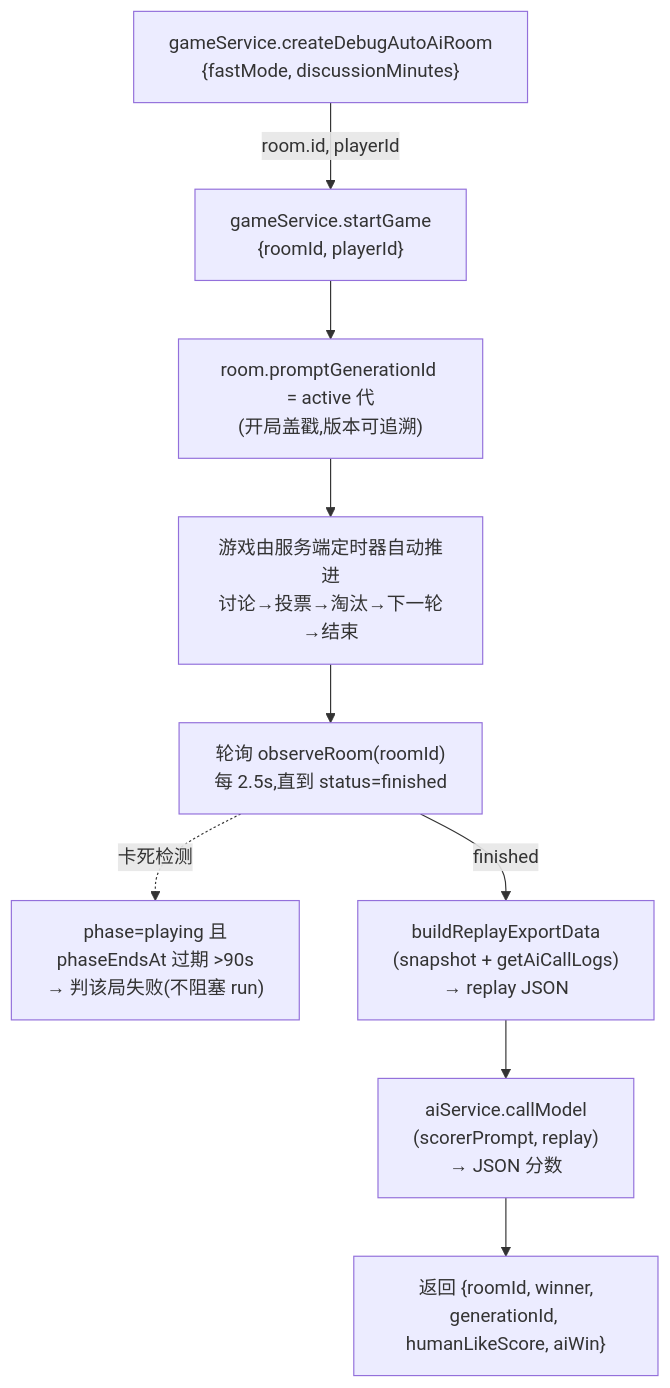
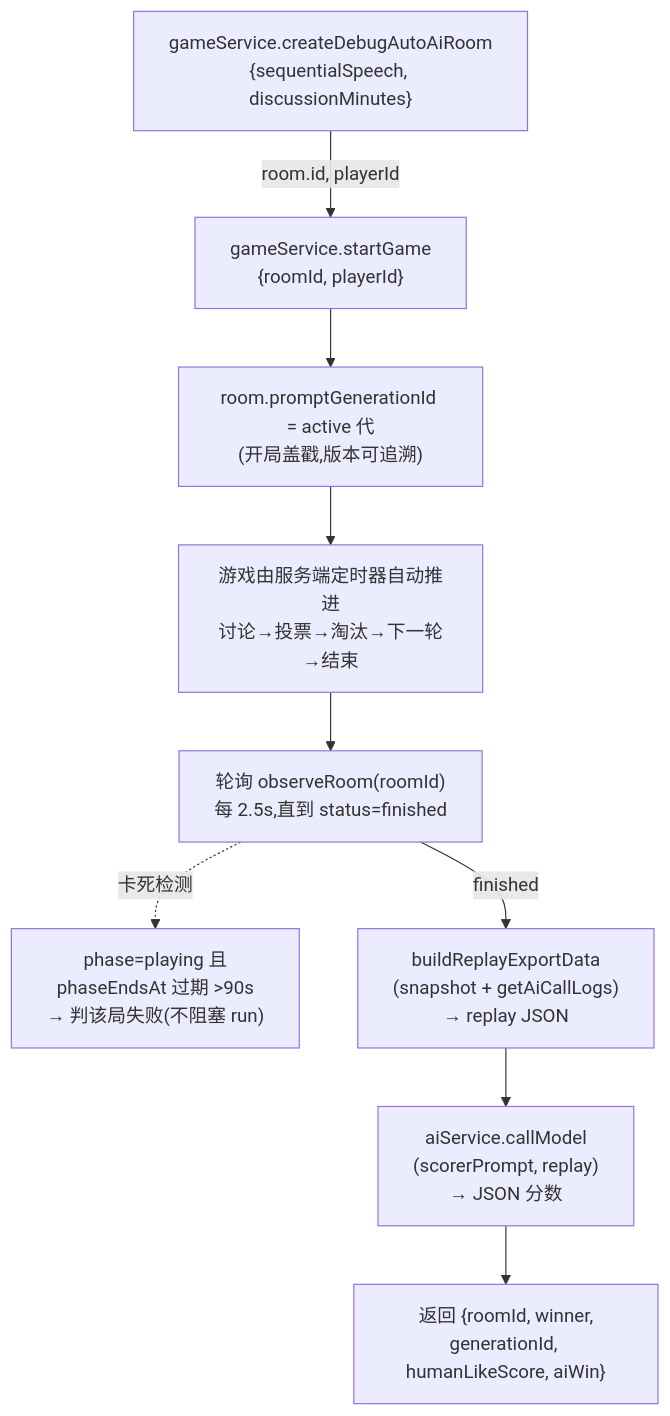
One commit to zhoutaoz99/who-is-the-ai changed the fourth of 6 diagrams in docs/ai-iteration/AI-Prompt-Eval-Flow.md. Above: the diagram before and after it, drawn with Mermaid. The commit also changed 13 other files, not shown here.

````diff
--- a/docs/ai-iteration/AI-Prompt-Eval-Flow.md
+++ b/docs/ai-iteration/AI-Prompt-Eval-Flow.md
@@ -152,11 +152,11 @@
 ```mermaid
 flowchart TD
-  C["gameService.createDebugAutoAiRoom<br/>{fastMode, discussionMinutes}"] -->|room.id, playerId| S["gameService.startGame<br/>{roomId, playerId}"]
+  C["gameService.createDebugAutoAiRoom<br/>{sequentialSpeech, discussionMinutes}"] -->|room.id, playerId| S["gameService.startGame<br/>{roomId, playerId}"]
   S --> STAMP["room.promptGenerationId = active 代<br/>(开局盖戳,版本可追溯)"]
   STAMP --> RUN["游戏由服务端定时器自动推进<br/>讨论→投票→淘汰→下一轮→结束"]
   RUN --> POLL["轮询 observeRoom(roomId)<br/>每 2.5s,直到 status=finished"]
   POLL -.卡死检测.-> STUCK["phase=playing 且<br/>phaseEndsAt 过期 >90s<br/>→ 判该局失败(不阻塞 run)"]
   POLL -->|finished| EXP["buildReplayExportData<br/>(snapshot + getAiCallLogs)<br/>→ replay JSON"]
   EXP --> SC["aiService.callModel<br/>(scorerPrompt, replay)<br/>→ JSON 分数"]
   SC --> RES["返回 {roomId, winner,<br/>generationId, humanLikeScore, aiWin}"]
 ```
````
